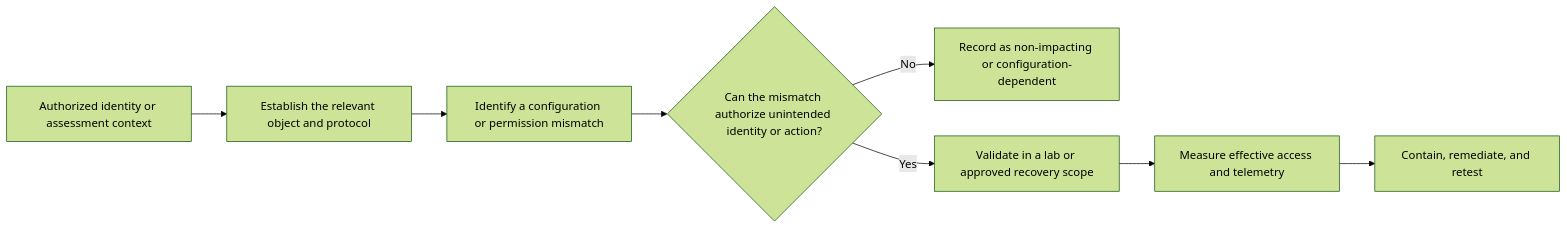
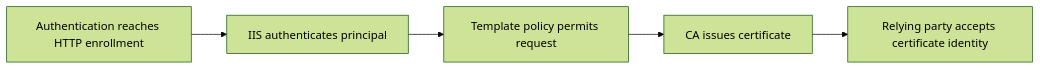
The diagram in docs/techniques/adcs_esc8.md (alham-rizvi/FindMyAttackPath), drawn with Mermaid (forest theme) before and after one commit. The commit also changed other lines of this file and 2 other files, not shown here.

````diff
--- a/docs/techniques/adcs_esc8.md
+++ b/docs/techniques/adcs_esc8.md
@@ -47,10 +27,7 @@
 ```mermaid
 flowchart LR
-  A[Authorized identity or assessment context] --> B[Establish the relevant object and protocol]
-  B --> C[Identify a configuration or permission mismatch]
-  C --> D{Can the mismatch authorize unintended identity or action?}
-  D -->|No| E[Record as non-impacting or configuration-dependent]
-  D -->|Yes| F[Validate in a lab or approved recovery scope]
-  F --> G[Measure effective access and telemetry]
-  G --> H[Contain, remediate, and retest]
+  A[Authentication reaches HTTP enrollment] --> B[IIS authenticates principal]
+  B --> C[Template policy permits request]
+  C --> D[CA issues certificate]
+  D --> E[Relying party accepts certificate identity]
 ```
````
